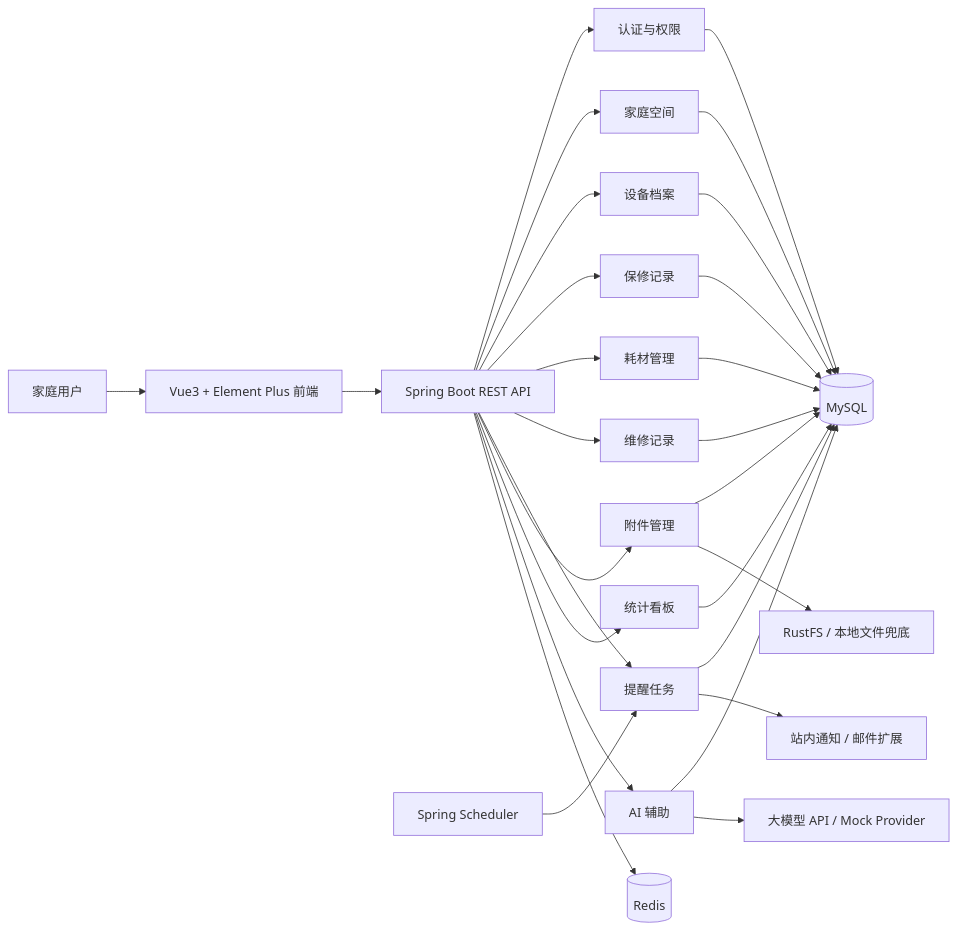
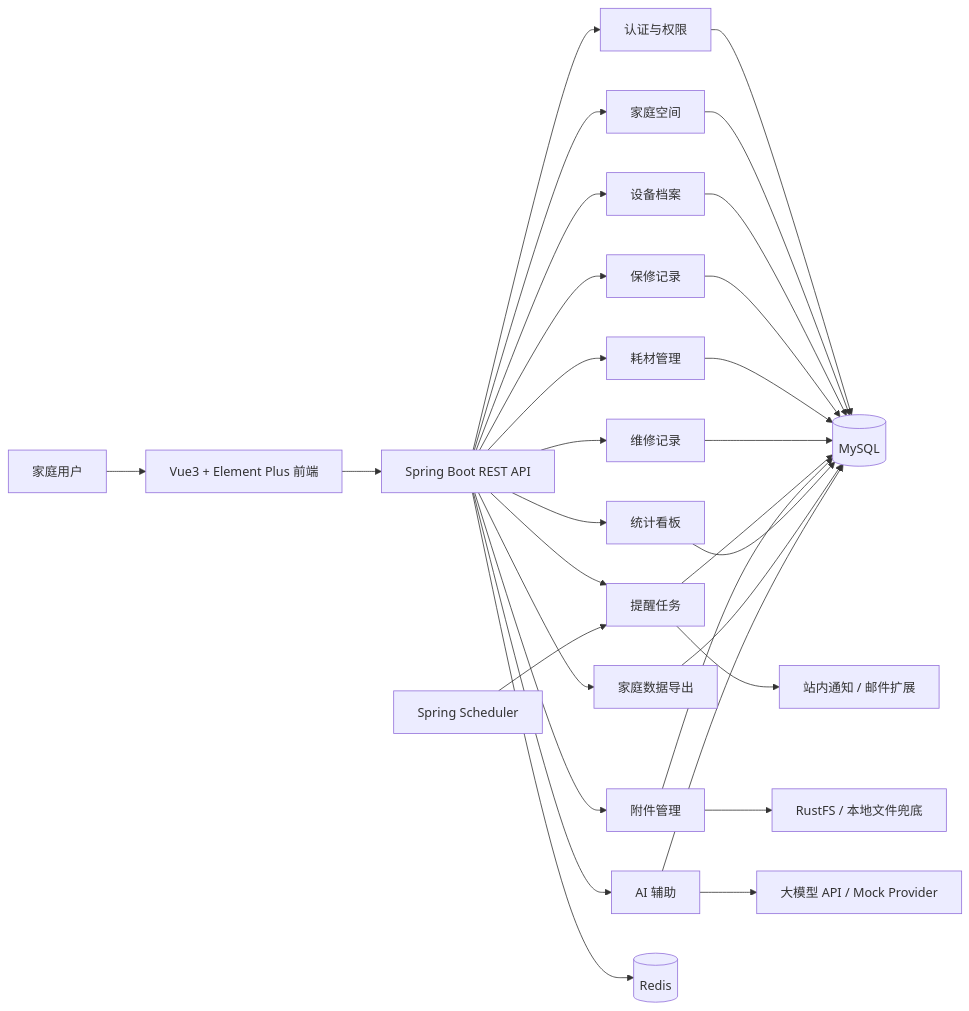
Before and after one commit to BQHM/fixledger: the first of 4 diagrams in docs/architecture.md, drawn with Mermaid. The commit also changed other lines of this file and 84 other files, not shown here.

````diff
--- a/docs/architecture.md
+++ b/docs/architecture.md
@@ -30,33 +30,35 @@
 ```mermaid
 flowchart LR
     User["家庭用户"] --> Frontend["Vue3 + Element Plus 前端"]
     Frontend --> Gateway["Spring Boot REST API"]
 
     Gateway --> Auth["认证与权限"]
     Gateway --> Family["家庭空间"]
     Gateway --> Asset["设备档案"]
     Gateway --> Warranty["保修记录"]
     Gateway --> Consumable["耗材管理"]
     Gateway --> Maintenance["维修记录"]
     Gateway --> Reminder["提醒任务"]
     Gateway --> File["附件管理"]
     Gateway --> Dashboard["统计看板"]
+    Gateway --> Export["家庭数据导出"]
     Gateway --> AiModule["AI 辅助"]
 
     Auth --> MySQL[("MySQL")]
     Family --> MySQL
     Asset --> MySQL
     Warranty --> MySQL
     Consumable --> MySQL
     Maintenance --> MySQL
     Reminder --> MySQL
     File --> MySQL
     Dashboard --> MySQL
+    Export --> MySQL
     AiModule --> MySQL
 
     Gateway --> Redis[("Redis")]
     File --> Storage["RustFS / 本地文件兜底"]
     AiModule --> LLM["大模型 API / Mock Provider"]
     Scheduler["Spring Scheduler"] --> Reminder
     Reminder --> Notify["站内通知 / 邮件扩展"]
 ```
````
